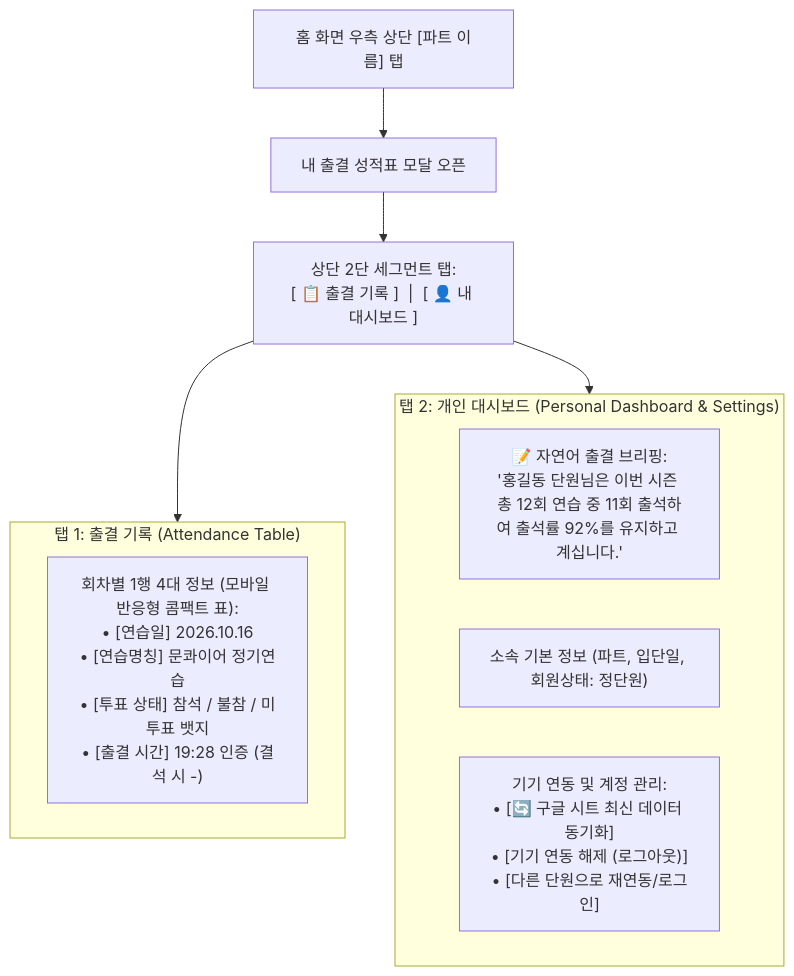
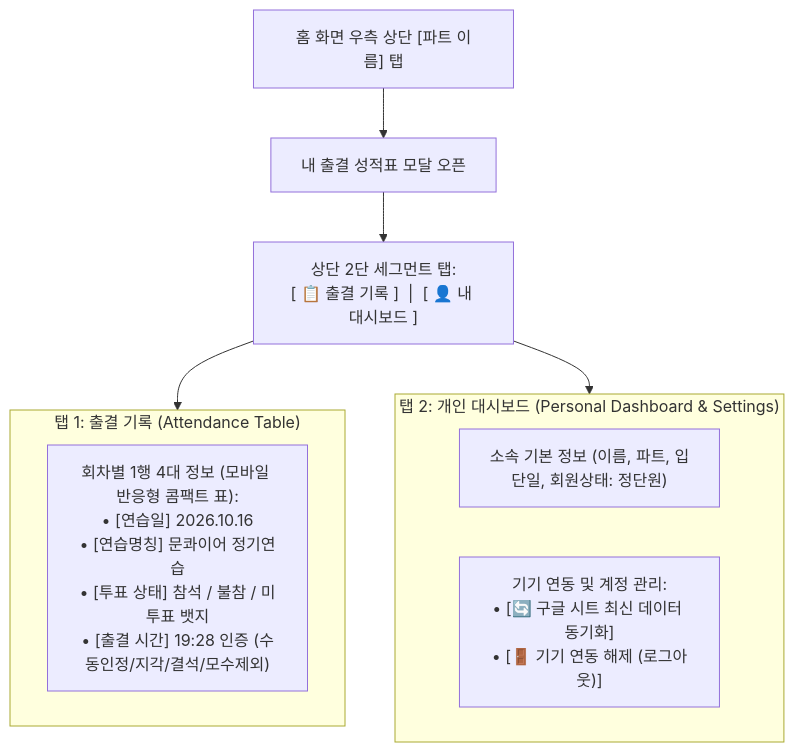
The diagram in docs/plans/05_member_scorecard_streamline.md (leejy9/moonchoir-rollbook), drawn with Mermaid before and after one commit. The commit also changed other lines of this file and 1 other file, not shown here.

````diff
--- a/docs/plans/05_member_scorecard_streamline.md
+++ b/docs/plans/05_member_scorecard_streamline.md
@@ -12,18 +13,17 @@
 ```mermaid
 graph TD
     A["홈 화면 우측 상단 [파트 이름] 탭"] --> B["내 출결 성적표 모달 오픈"]
     B --> TABS["상단 2단 세그먼트 탭:<br>[ 📋 출결 기록 ]  |  [ 👤 내 대시보드 ]"]
     
     subgraph Tab1["탭 1: 출결 기록 (Attendance Table)"]
-        T1["회차별 1행 4대 정보 (모바일 반응형 콤팩트 표):<br>• [연습일] 2026.10.16<br>• [연습명칭] 문콰이어 정기연습<br>• [투표 상태] 참석 / 불참 / 미투표 뱃지<br>• [출결 시간] 19:28 인증 (결석 시 -)"]
+        T1["회차별 1행 4대 정보 (모바일 반응형 콤팩트 표):<br>• [연습일] 2026.10.16<br>• [연습명칭] 문콰이어 정기연습<br>• [투표 상태] 참석 / 불참 / 미투표 뱃지<br>• [출결 시간] 19:28 인증 (수동인정/지각/결석/모수제외)"]
     end
 
     subgraph Tab2["탭 2: 개인 대시보드 (Personal Dashboard & Settings)"]
-        T2_1["📝 자연어 출결 브리핑:<br>'홍길동 단원님은 이번 시즌 총 12회 연습 중 11회 출석하여 출석률 92%를 유지하고 계십니다.'"]
-        T2_2["소속 기본 정보 (파트, 입단일, 회원상태: 정단원)"]
-        T2_3["기기 연동 및 계정 관리:<br>• [🔄 구글 시트 최신 데이터 동기화]<br>• [기기 연동 해제 (로그아웃)]<br>• [다른 단원으로 재연동/로그인]"]
+        T2_1["소속 기본 정보 (이름, 파트, 입단일, 회원상태: 정단원)"]
+        T2_2["기기 연동 및 계정 관리:<br>• [🔄 구글 시트 최신 데이터 동기화]<br>• [🚪 기기 연동 해제 (로그아웃)]"]
     end
 
     TABS --> Tab1
     TABS --> Tab2
 ```
````
